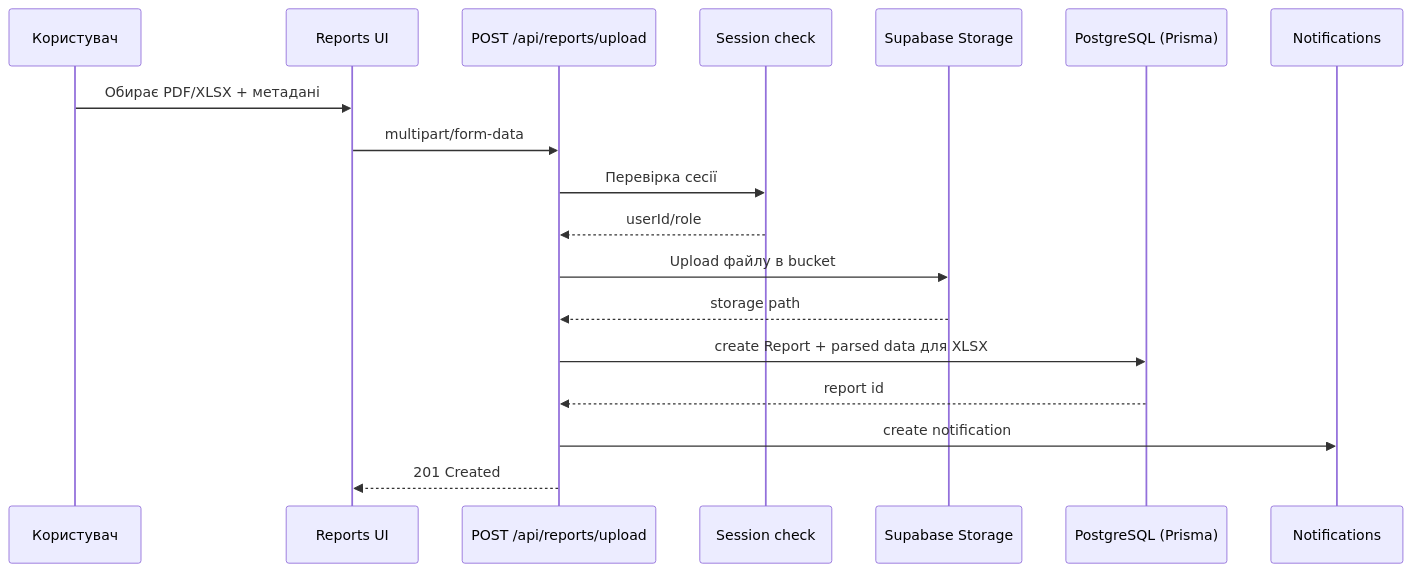
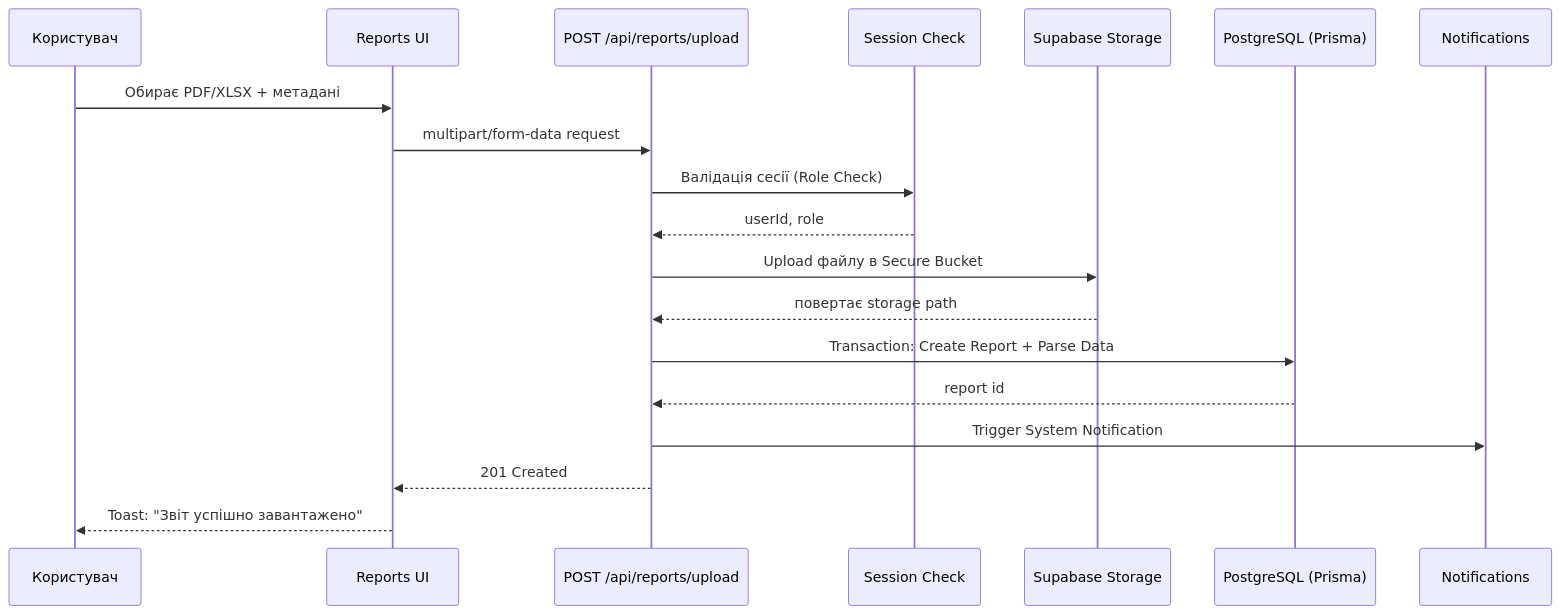
One commit to xxxquide/Agroplus_Practice changed the second of 4 diagrams in README.md. Above: the diagram before and after it, drawn with Mermaid. The commit also changed other lines of this file and 1 other file, not shown here.

````diff
--- a/README.md
+++ b/README.md
@@ -79,21 +99,22 @@
 ```mermaid
 sequenceDiagram
   participant U as Користувач
   participant FE as Reports UI
   participant API as POST /api/reports/upload
-  participant AUTH as Session check
+  participant AUTH as Session Check
   participant ST as Supabase Storage
   participant DB as PostgreSQL (Prisma)
   participant N as Notifications
 
   U->>FE: Обирає PDF/XLSX + метадані
-  FE->>API: multipart/form-data
-  API->>AUTH: Перевірка сесії
-  AUTH-->>API: userId/role
-  API->>ST: Upload файлу в bucket
-  ST-->>API: storage path
-  API->>DB: create Report + parsed data для XLSX
+  FE->>API: multipart/form-data request
+  API->>AUTH: Валідація сесії (Role Check)
+  AUTH-->>API: userId, role
+  API->>ST: Upload файлу в Secure Bucket
+  ST-->>API: повертає storage path
+  API->>DB: Transaction: Create Report + Parse Data
   DB-->>API: report id
-  API->>N: create notification
+  API->>N: Trigger System Notification
   API-->>FE: 201 Created
+  FE-->>U: Toast: "Звіт успішно завантажено"
 ```
````
